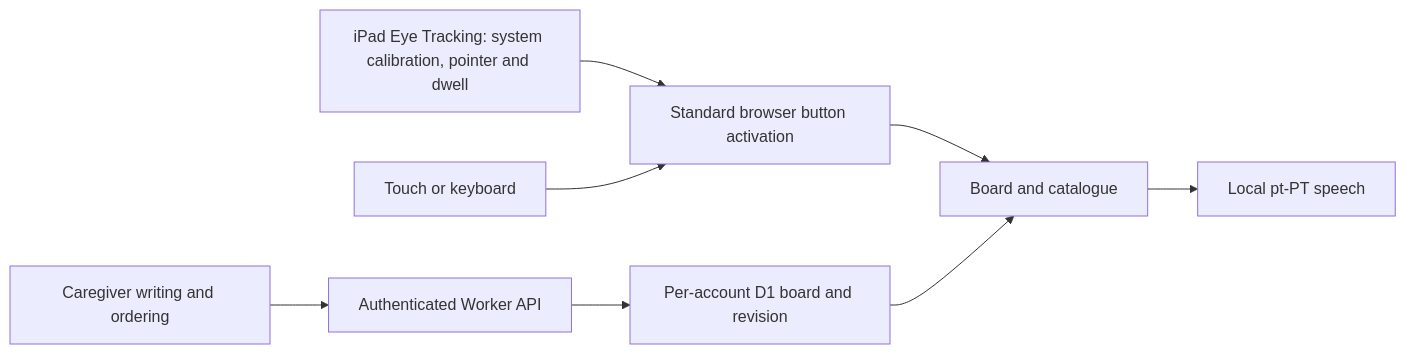
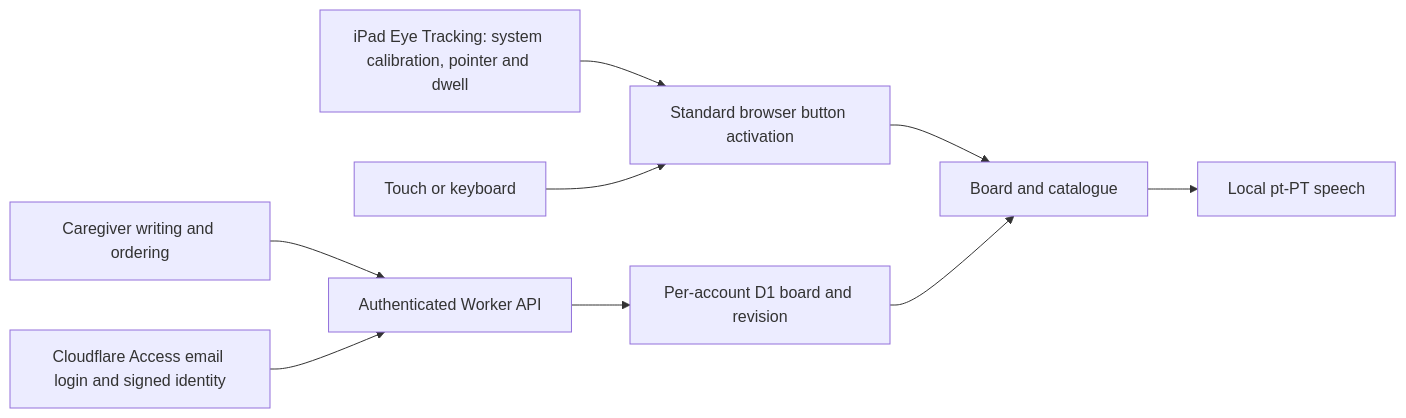
One commit to Cgcnnunes/button-eye-reader changed the diagram in docs/ARCHITECTURE.md. Above: the diagram before and after it, drawn with Mermaid. The commit also changed other lines of this file and 28 other files, not shown here.

First line of the commit message:
feat(reader-00019): replace custom passwords with cloudflare access (#19)

````diff
--- a/docs/ARCHITECTURE.md
+++ b/docs/ARCHITECTURE.md
@@ -13,10 +13,11 @@
 ```mermaid
 flowchart LR
   Apple["iPad Eye Tracking: system calibration, pointer and dwell"] --> Click["Standard browser button activation"]
   Touch["Touch or keyboard"] --> Click
   Click --> Board["Board and catalogue"]
   Board --> Speech["Local pt-PT speech"]
   Caregiver["Caregiver writing and ordering"] --> API["Authenticated Worker API"]
+  Access["Cloudflare Access email login and signed identity"] --> API
   API --> Storage["Per-account D1 board and revision"]
   Storage --> Board
 ```
````
